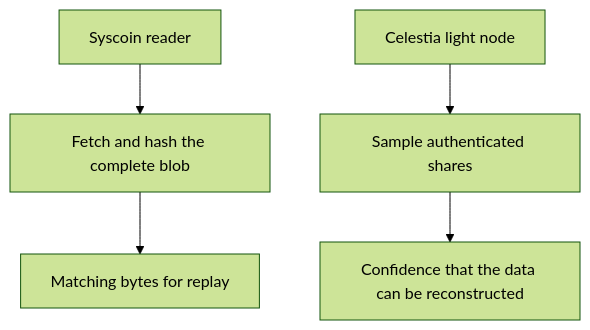
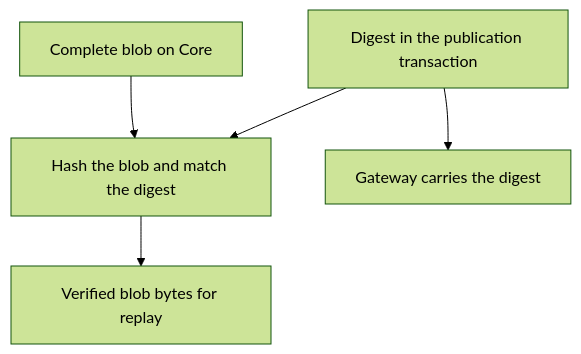
The diagram in docs/architecture/comparison.mdx (syscoin/sys-docs), drawn with Mermaid (forest theme) before and after one commit. The commit also changed other lines of this file and 1 other file, not shown here.

Commit message:
Lead with Syscoin whole-blob verification

````diff
--- a/docs/architecture/comparison.mdx
+++ b/docs/architecture/comparison.mdx
@@ -73,9 +73,9 @@
 ```mermaid
 flowchart TB
-    accTitle: Two readers checking data availability
-    accDescr: A Syscoin reader fetches and hashes the complete blob. A Celestia light node samples authenticated shares to gain confidence that the block data can be reconstructed.
-    A["Syscoin reader"] --> B["Fetch and hash the complete blob"]
-    B --> C["Matching bytes for replay"]
-    D["Celestia light node"] --> E["Sample authenticated shares"]
-    E --> F["Confidence that the data can be reconstructed"]
+    accTitle: How PoDA links the payload to the Gateway reference
+    accDescr: Core checks the complete blob against the digest in its publication transaction. Gateway carries that digest. An independent reader can hash the same bytes and use them as an input to replay.
+    Blob["Complete blob on Core"] --> Check["Hash the blob and match the digest"]
+    Digest["Digest in the publication transaction"] --> Check
+    Digest --> Gateway["Gateway carries the digest"]
+    Check --> Replay["Verified blob bytes for replay"]
 ```
````
